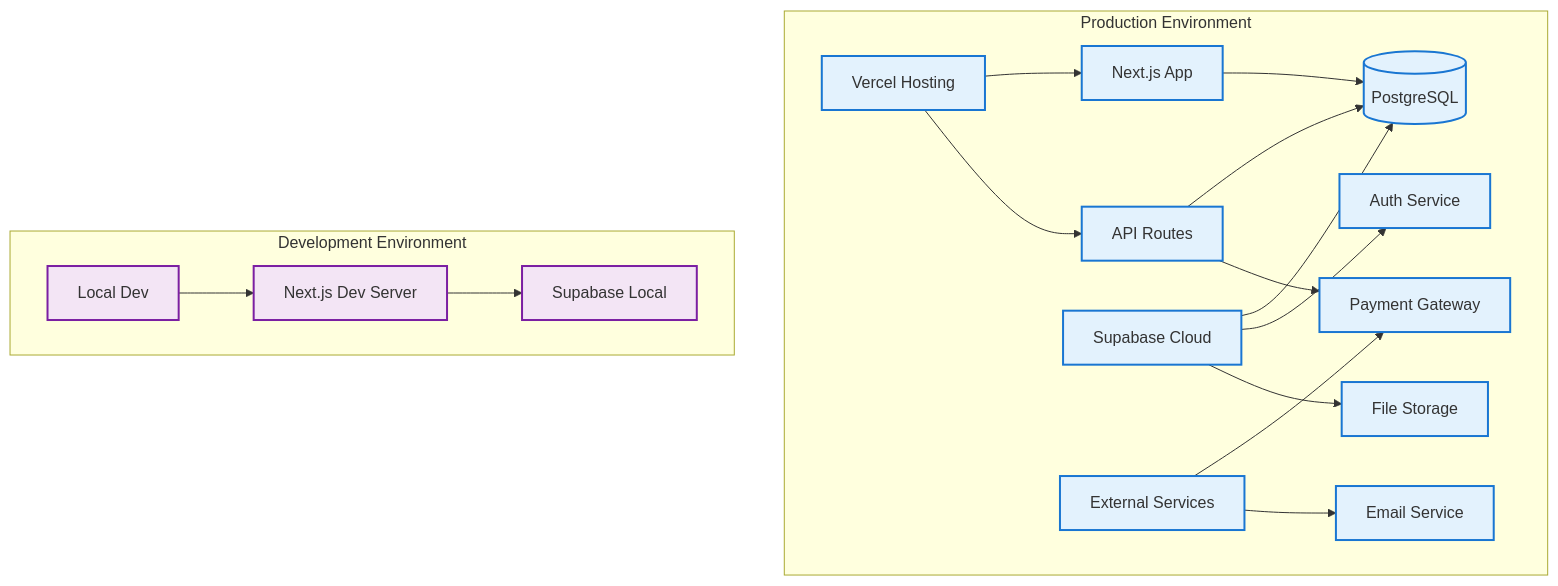
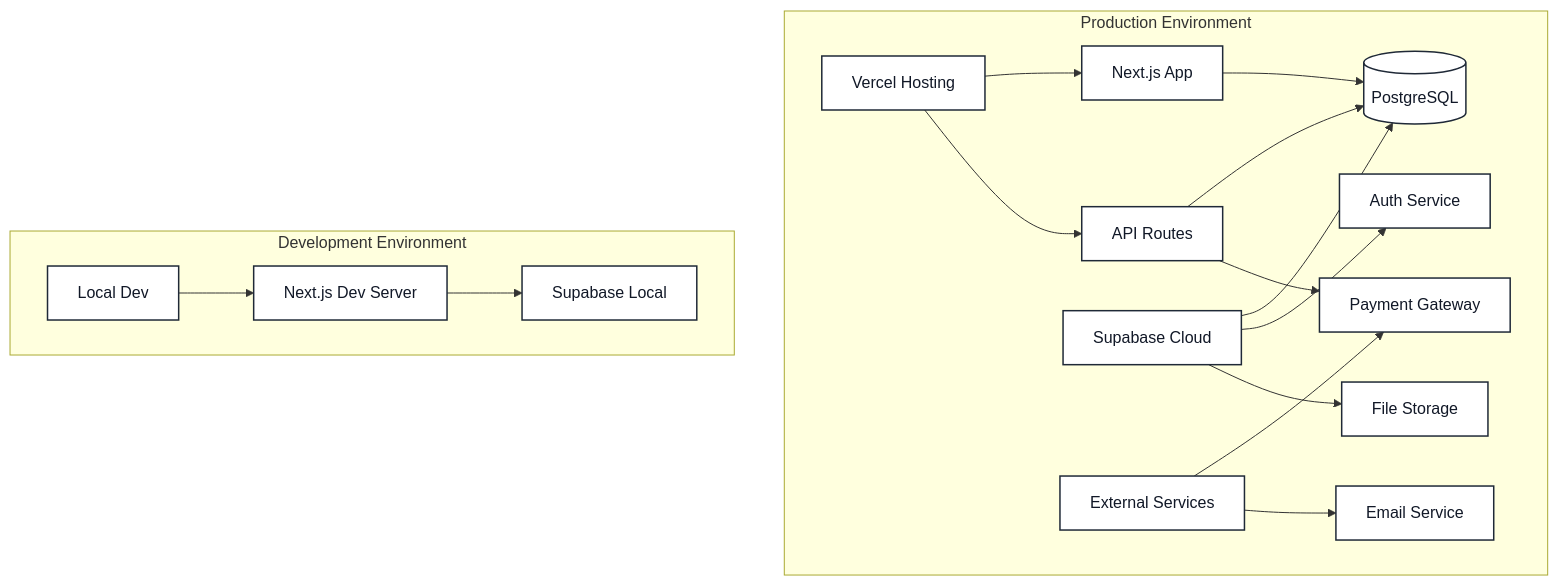
The sixth of 11 diagrams in ARCHITECTURE_DIAGRAMS.md (Om7035/student-market), drawn with Mermaid before and after one commit. The commit also changed other lines of this file, not shown here.

````diff
--- a/ARCHITECTURE_DIAGRAMS.md
+++ b/ARCHITECTURE_DIAGRAMS.md
@@ -332,37 +337,38 @@
 ```mermaid
+%%{init: { 'theme': 'base', 'themeVariables': { 'background': '#ffffff', 'primaryColor': '#ffffff', 'secondaryColor': '#ffffff', 'tertiaryColor': '#ffffff', 'primaryTextColor': '#111827', 'textColor': '#111827', 'titleColor': '#111827', 'lineColor': '#1f2937', 'primaryBorderColor': '#1f2937', 'defaultLinkColor': '#1f2937', 'edgeLabelBackground': '#ffffff', 'arrowheadColor': '#1f2937', 'clusterBkg': '#ffffff', 'clusterBorder': '#1f2937', 'fontFamily': 'Inter, ui-sans-serif, system-ui, -apple-system, Segoe UI, Roboto, Helvetica, Arial, "Apple Color Emoji", "Segoe UI Emoji"', 'fontSize': '14px' }, 'flowchart': { 'nodeSpacing': 40, 'rankSpacing': 60, 'padding': 12 } }}%%
 graph TB
     subgraph Production [Production Environment]
         Vercel[Vercel Hosting]
         Supabase[Supabase Cloud]
         External[External Services]
         
         Vercel --> Frontend[Next.js App]
         Vercel --> API[API Routes]
         
         Supabase --> Database[(PostgreSQL)]
         Supabase --> Auth[Auth Service]
         Supabase --> Storage[File Storage]
         
         External --> Razorpay[Payment Gateway]
         External --> Email[Email Service]
     end
     
     subgraph Development [Development Environment]
         Local[Local Dev]
         DevServer[Next.js Dev Server]
         LocalSupabase[Supabase Local]
         
         Local --> DevServer
         DevServer --> LocalSupabase
     end
     
     Frontend --> Database
     API --> Database
     API --> Razorpay
     
-    classDef prodBox fill:#e3f2fd,stroke:#1976d2,stroke-width:2px
-    classDef devBox fill:#f3e5f5,stroke:#7b1fa2,stroke-width:2px
+    classDef prodBox fill:#ffffff,stroke:#1f2937,stroke-width:1.5px,color:#111827
+    classDef devBox fill:#ffffff,stroke:#1f2937,stroke-width:1.5px,color:#111827
     
     class Vercel,Supabase,External,Frontend,API,Database,Auth,Storage,Razorpay,Email prodBox
     class Local,DevServer,LocalSupabase devBox
 ```
````
